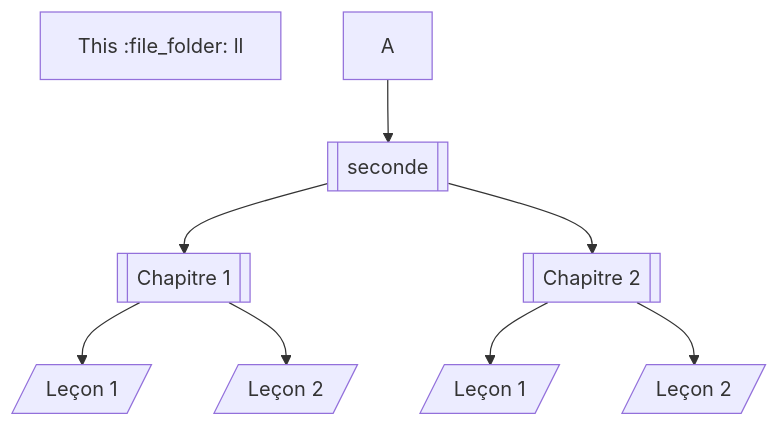
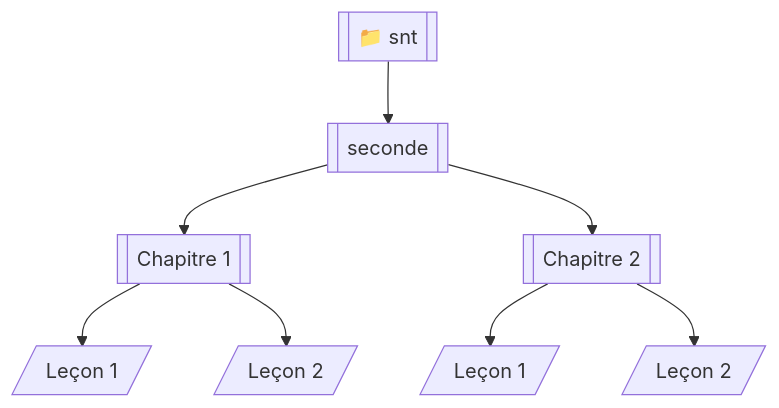
One commit to boddaert/snt changed the diagram in seconde/Introduction/Introduction.md. Above: the diagram before and after it, drawn with Mermaid.

````diff
--- a/seconde/Introduction/Introduction.md
+++ b/seconde/Introduction/Introduction.md
@@ -5,12 +5,12 @@
 ```mermaid
     flowchart TB;
-        markdown["`This :file_folder:  ll`"]
+        A[[📁 snt]]
         
-        A-->B[[seconde]];
+        A-->B[[seconde]]
         B[[seconde]]-->C[[Chapitre 1]]
         B[[seconde]]-->F[[Chapitre 2]]
         C[[Chapitre 1]]-->D[/Leçon 1/]
         C[[Chapitre 1]]-->E[/Leçon 2/]
         F[[Chapitre 2]]-->G[/Leçon 1/]
         F[[Chapitre 2]]-->H[/Leçon 2/]
 ```
````
